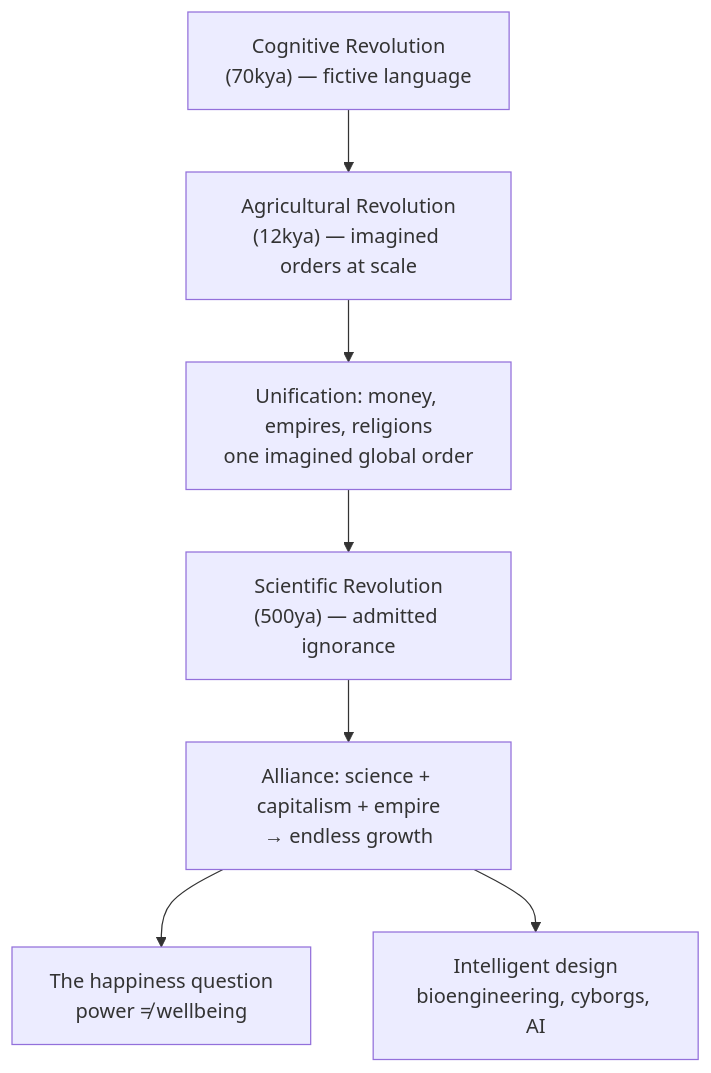
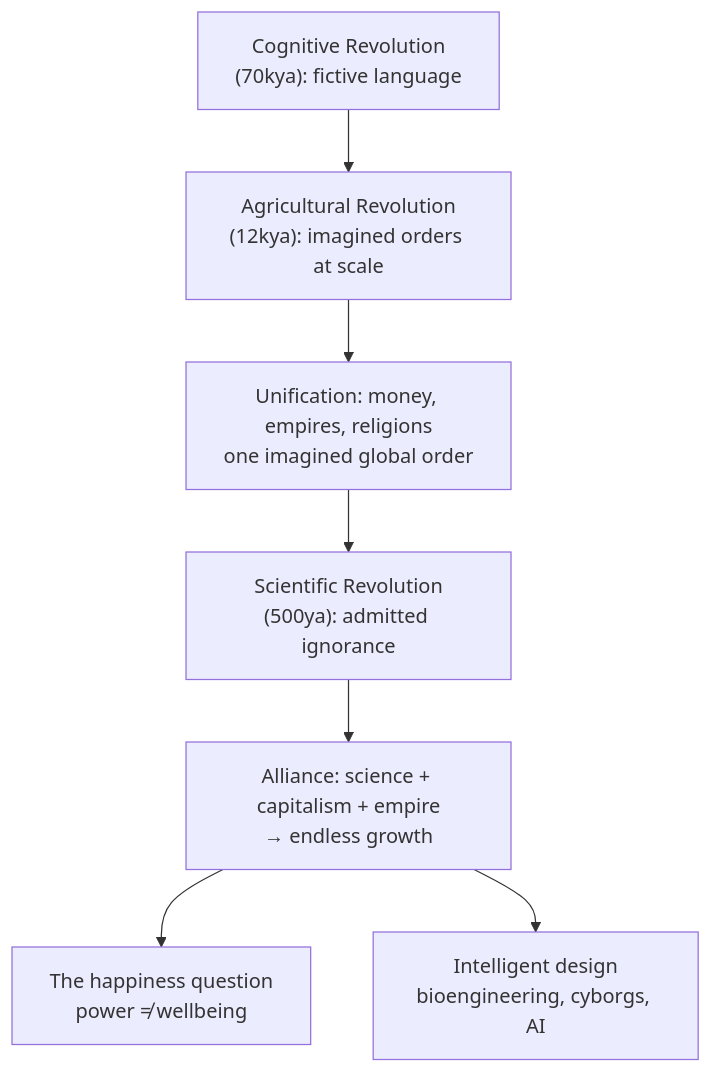
Before and after one commit to oat431/general-knowledge: the diagram in Book/Sapiens/Sapiens - Overview.md, drawn with Mermaid. The commit also changed other lines of this file and 20 other files, not shown here.

Commit message:
vault backup: 2026-09-03 15:16:51: add visual diagram to sapiens

````diff
--- a/Book/Sapiens/Sapiens - Overview.md
+++ b/Book/Sapiens/Sapiens - Overview.md
@@ -63,9 +63,9 @@
 ```mermaid
 flowchart TD
-    COG["Cognitive Revolution<br/>(70kya) — fictive language"] --> AGR["Agricultural Revolution<br/>(12kya) — imagined orders at scale"]
+    COG["Cognitive Revolution<br/>(70kya): fictive language"] --> AGR["Agricultural Revolution<br/>(12kya): imagined orders at scale"]
     AGR --> UNI["Unification: money, empires, religions<br/>one imagined global order"]
-    UNI --> SCI["Scientific Revolution<br/>(500ya) — admitted ignorance"]
+    UNI --> SCI["Scientific Revolution<br/>(500ya): admitted ignorance"]
     SCI --> ALL["Alliance: science + capitalism + empire<br/>→ endless growth"]
     ALL --> HAP["The happiness question<br/>power ≠ wellbeing"]
     ALL --> BIO["Intelligent design<br/>bioengineering, cyborgs, AI"]
 ```
````
